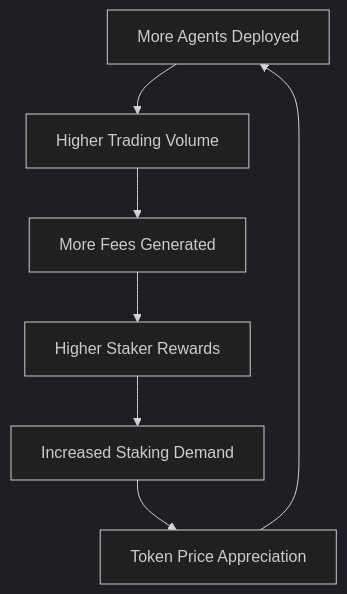
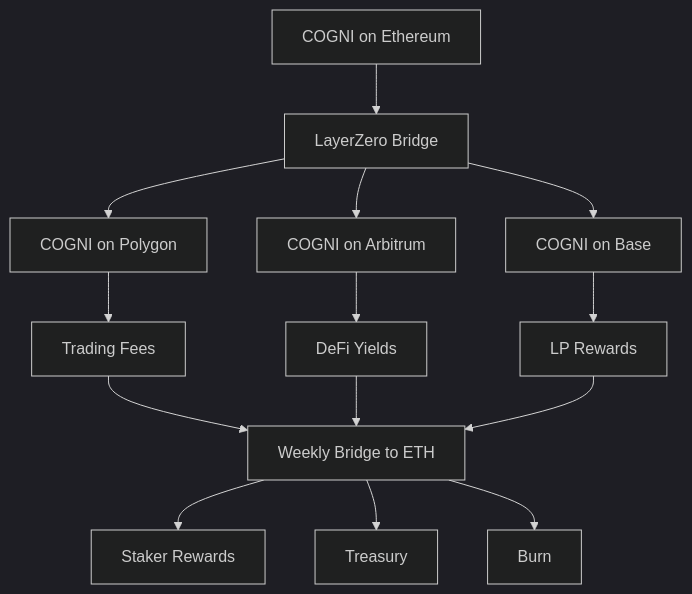
The diagram in docs/token-overview.mdx (trenchsheikh/c0gni), drawn with Mermaid (dark theme) before and after one commit. The commit also changed other lines of this file and 10 other files, not shown here.

First line of the commit message:
Transform platform from Solana to Ethereum multi-chain AI trading

````diff
--- a/docs/token-overview.mdx
+++ b/docs/token-overview.mdx
@@ -185,9 +210,19 @@
 ```mermaid
 graph TD
-    A[More Agents Deployed] --> B[Higher Trading Volume]
-    B --> C[More Fees Generated]
-    C --> D[Higher Staker Rewards]
-    D --> E[Increased Staking Demand]
-    E --> F[Token Price Appreciation]
-    F --> A
+    A[COGNI on Ethereum] --> B[LayerZero Bridge]
+    B --> C[COGNI on Polygon]
+    B --> D[COGNI on Arbitrum]
+    B --> E[COGNI on Base]
+    
+    C --> F[Trading Fees]
+    D --> G[DeFi Yields]
+    E --> H[LP Rewards]
+    
+    F --> I[Weekly Bridge to ETH]
+    G --> I
+    H --> I
+    
+    I --> J[Staker Rewards]
+    I --> K[Treasury]
+    I --> L[Burn]
 ```
````
